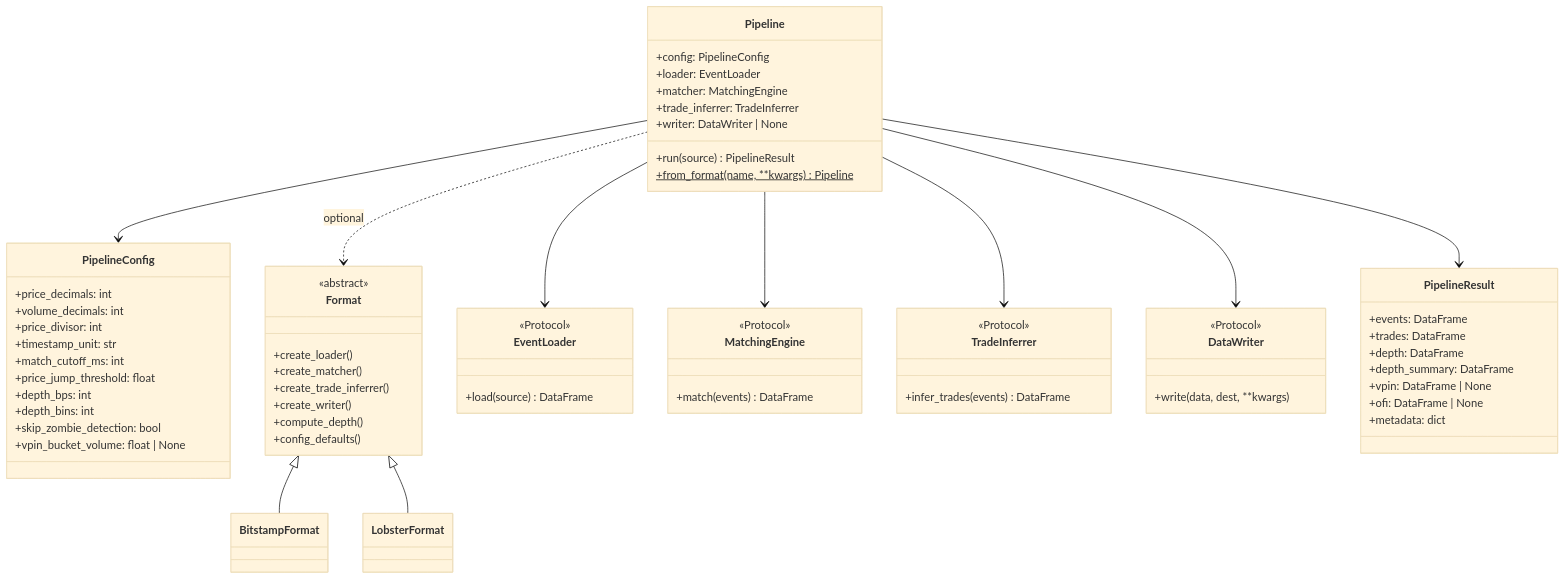
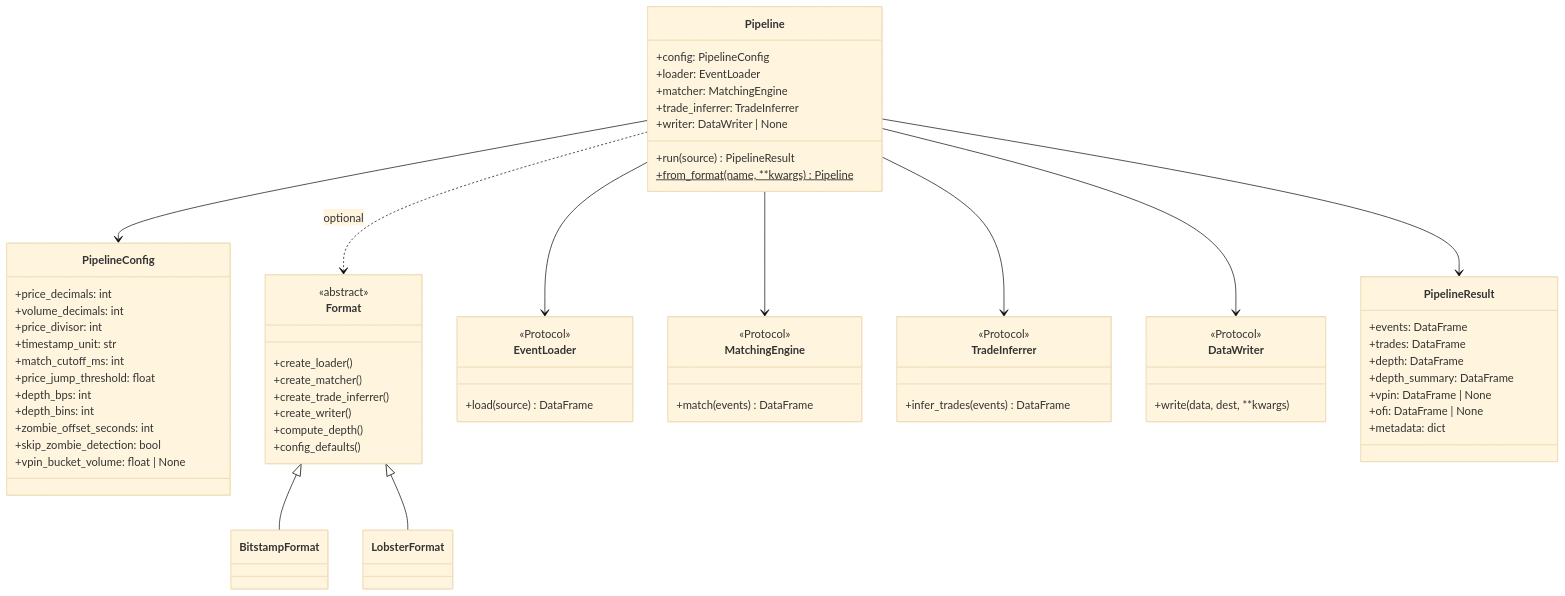
Before and after one commit to mczielinski/ob-analytics: the diagram in ARCHITECTURE.md, drawn with Mermaid (base theme). The commit also changed 7 other files, not shown here.

First line of the commit message:
docs: align architecture/config references and add Architecture page

````diff
--- a/ARCHITECTURE.md
+++ b/ARCHITECTURE.md
@@ -37,75 +37,76 @@
 ```mermaid
 classDiagram
     class Pipeline {
         +config: PipelineConfig
         +loader: EventLoader
         +matcher: MatchingEngine
         +trade_inferrer: TradeInferrer
         +writer: DataWriter | None
         +run(source) PipelineResult
         +from_format(name, **kwargs)$ Pipeline
     }
 
     class PipelineConfig {
         +price_decimals: int
         +volume_decimals: int
         +price_divisor: int
         +timestamp_unit: str
         +match_cutoff_ms: int
         +price_jump_threshold: float
         +depth_bps: int
         +depth_bins: int
+        +zombie_offset_seconds: int
         +skip_zombie_detection: bool
         +vpin_bucket_volume: float | None
     }
 
     class Format {
         <<abstract>>
         +create_loader()
         +create_matcher()
         +create_trade_inferrer()
         +create_writer()
         +compute_depth()
         +config_defaults()
     }
 
     class BitstampFormat
     class LobsterFormat
 
     class EventLoader {
         <<Protocol>>
         +load(source) DataFrame
     }
     class MatchingEngine {
         <<Protocol>>
         +match(events) DataFrame
     }
     class TradeInferrer {
         <<Protocol>>
         +infer_trades(events) DataFrame
     }
     class DataWriter {
         <<Protocol>>
         +write(data, dest, **kwargs)
     }
 
     class PipelineResult {
         +events: DataFrame
         +trades: DataFrame
         +depth: DataFrame
         +depth_summary: DataFrame
         +vpin: DataFrame | None
         +ofi: DataFrame | None
         +metadata: dict
     }
 
     Pipeline --> PipelineConfig
     Pipeline --> EventLoader
     Pipeline --> MatchingEngine
     Pipeline --> TradeInferrer
     Pipeline --> DataWriter
     Pipeline --> PipelineResult
     Pipeline ..> Format : optional
     Format <|-- BitstampFormat
     Format <|-- LobsterFormat
 ```
````
